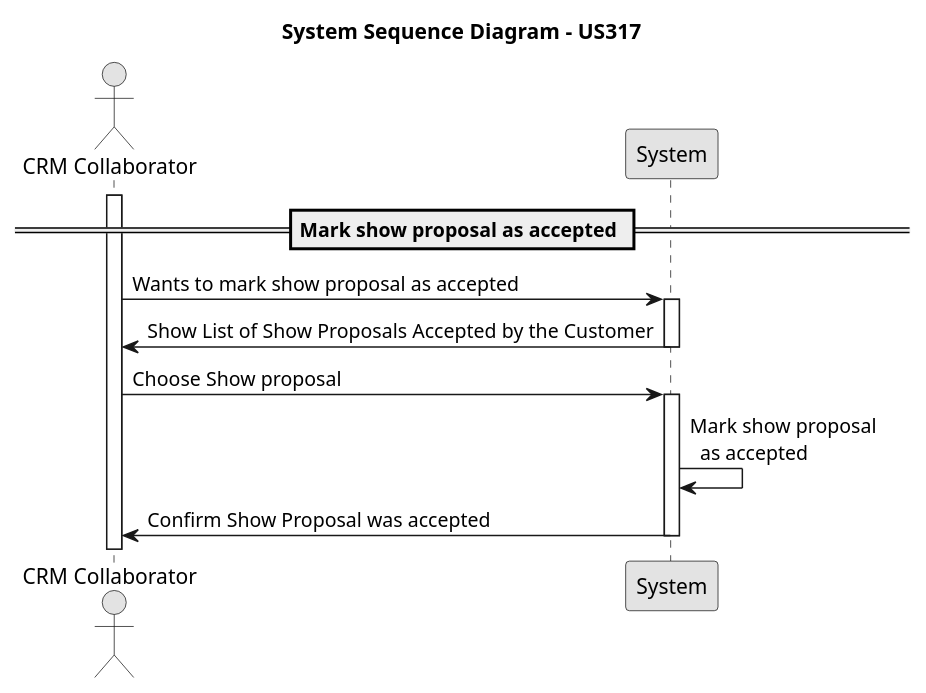
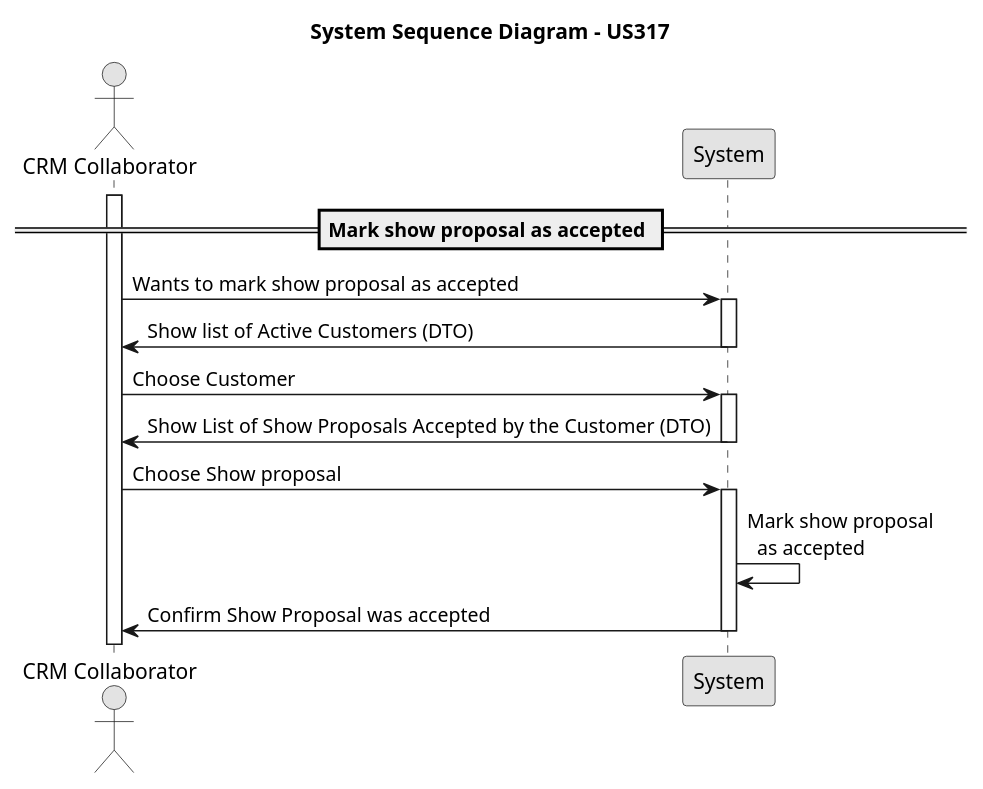
The diagram in docs/Sprint3/us_317/diagrams/system-sequence-diagram-US317.puml (rubenFreitas1/ISEP-LAPR4-2024-2025), drawn with PlantUML before and after one commit. The commit also changed 8 other files, not shown here.

```diff
--- a/docs/Sprint3/us_317/diagrams/system-sequence-diagram-US317.puml
+++ b/docs/Sprint3/us_317/diagrams/system-sequence-diagram-US317.puml
@@ -1,28 +1,34 @@
 @startuml
 skinparam monochrome true
 skinparam packageStyle rectangle
 skinparam shadowing false
 
 actor "CRM Collaborator" as crmCollaborator
 participant "System" as system
 
 title System Sequence Diagram - US317
 
 == Mark show proposal as accepted ==
 activate crmCollaborator
 
 crmCollaborator -> system : Wants to mark show proposal as accepted
 activate system
 
-system -> crmCollaborator :  Show List of Show Proposals Accepted by the Customer
+system -> crmCollaborator: Show list of Active Customers (DTO)
+deactivate system
+
+crmCollaborator -> system: Choose Customer
+activate system
+
+system -> crmCollaborator :  Show List of Show Proposals Accepted by the Customer (DTO)
 deactivate system
 crmCollaborator -> system : Choose Show proposal
 
 activate system
 system -> system: Mark show proposal\n  as accepted
 system -> crmCollaborator : Confirm Show Proposal was accepted
 deactivate system
 
 
 
 @enduml
```
